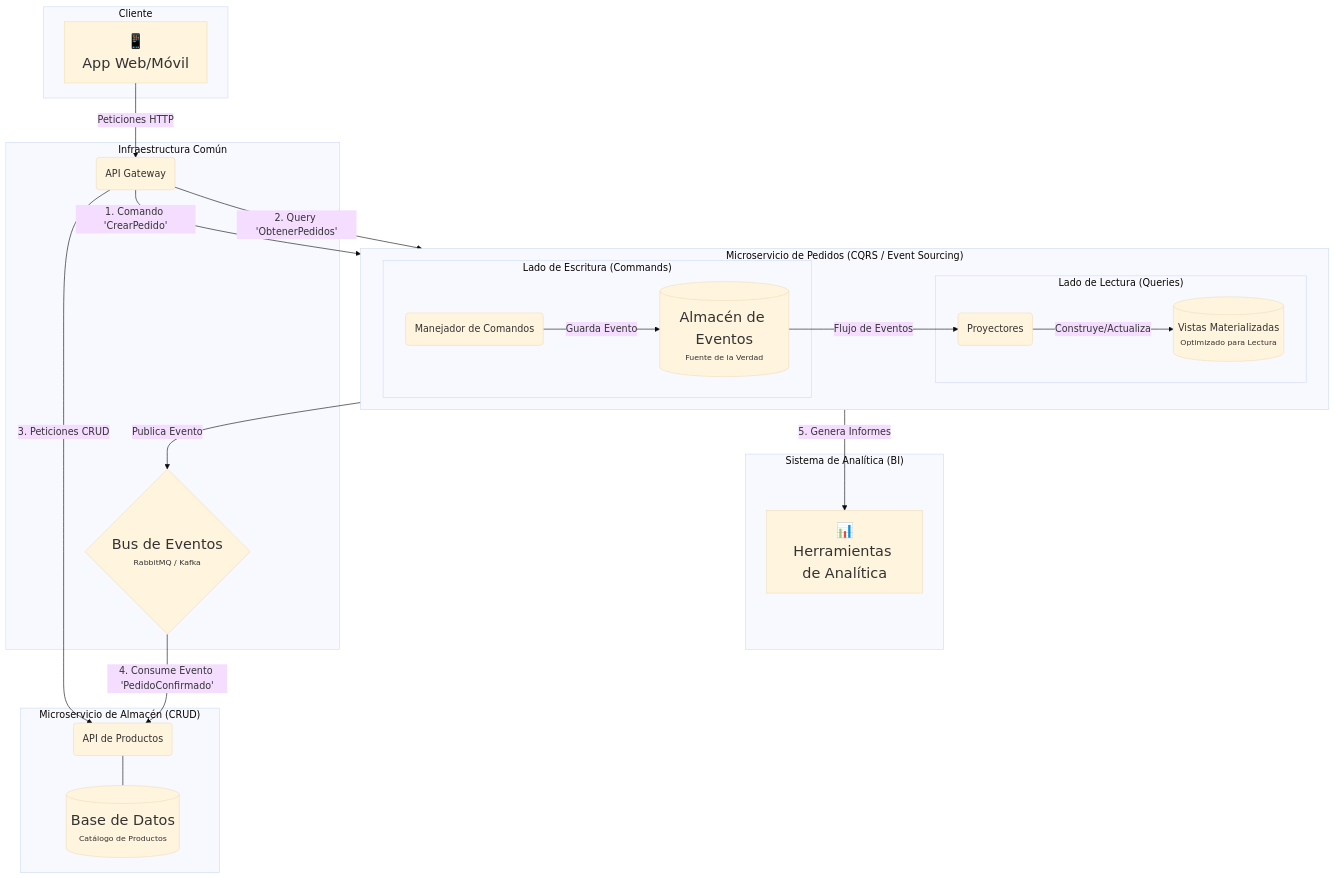
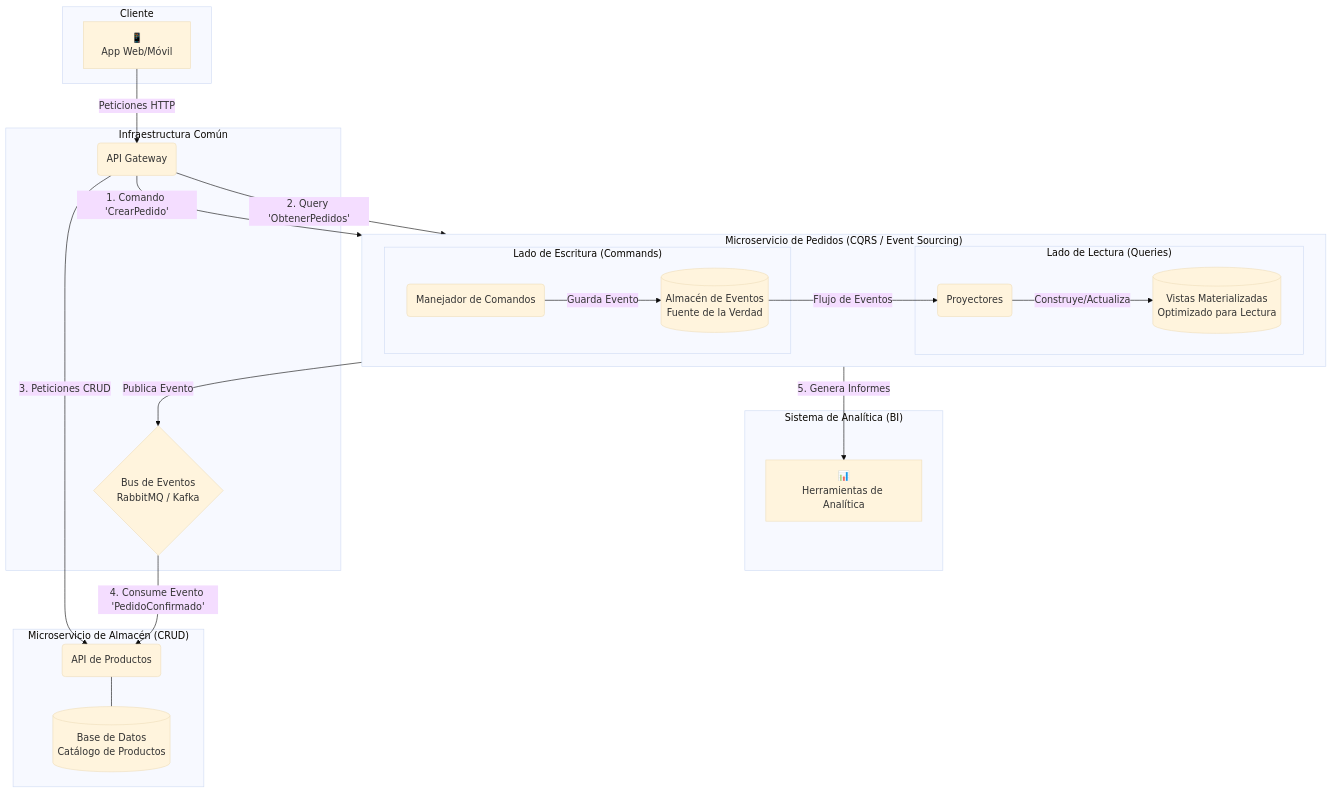
One commit to JustinArce/MicroservicioAlmacen changed the diagram in README.md. Above: the diagram before and after it, drawn with Mermaid (base theme).

Commit message:
Update README.md
Improve diagram readability

````diff
--- a/README.md
+++ b/README.md
@@ -21,50 +21,51 @@
 ```mermaid
 graph TD
     subgraph "Cliente"
-        Client[<font size=5>📱<br>App Web/Móvil</font>]
+        Client[<fontsize=4>📱<br>App Web/Móvil</font>]
     end
 
     subgraph "Infraestructura Común"
         Gateway(API Gateway)
-        EventBus{<font size=5>Bus de Eventos</font><br><font size=2>RabbitMQ / Kafka</font>}
+        EventBus{<fontsize=4>Bus de Eventos</font><br><fontsize=2>RabbitMQ / Kafka</font>}
     end
 
     Client -- Peticiones HTTP --> Gateway
 
     subgraph "Microservicio de Pedidos (CQRS / Event Sourcing)"
         direction LR
         subgraph "Lado de Escritura (Commands)"
             CmdHandler(Manejador de Comandos)
-            EventStore[(<font size=5>Almacén de Eventos</font><br><font size=2>Fuente de la Verdad</font>)]
+            EventStore[(<fontsize=4>Almacén de Eventos</font><br><fontsize=2>Fuente de la Verdad</font>)]
         end
         
         subgraph "Lado de Lectura (Queries)"
             Projectors(Proyectores)
-            ReadDB[(<font size=e=5>Vistas Materializadas</font><br><font size=2>Optimizado para Lectura</font>)]
+            ReadDB[(<fontsize=4>Vistas Materializadas</font><br><fontsize=2>Optimizado para Lectura</font>)]
         end
         
         CmdHandler -- Guarda Evento --> EventStore
         CmdHandler -- Publica Evento --> EventBus
         EventStore -- Flujo de Eventos --> Projectors
         Projectors -- Construye/Actualiza --> ReadDB
     end
     
     subgraph "Microservicio de Almacén (CRUD)"
         ProductAPI(API de Productos)
-        ProductDB[(<font size=5>Base de Datos</font><br><font size=2>Catálogo de Productos</font>)]
+        ProductDB[(<fontsize=4>Base de Datos</font><br><fontsize=2>Catálogo de Productos</font>)]
         ProductAPI --- ProductDB
     end
     
     subgraph "Sistema de Analítica (BI)"
-        Analytics[<font size=5>📊<br>Herramientas de Analítica</font>]
+        Analytics[<fontsize=4>📊<br>Herramientas de Analítica</font>]
     end
 
     %% --- Flujos de Datos ---
     Gateway -- 1. Comando 'CrearPedido' --> CmdHandler
     Gateway -- 2. Query 'ObtenerPedidos' --> ReadDB
     Gateway -- 3. Peticiones CRUD --> ProductAPI
     
     EventBus -- 4. Consume Evento 'PedidoConfirmado' --> ProductAPI
     
     ReadDB -- 5. Genera Informes --> Analytics
+
 ```
````
